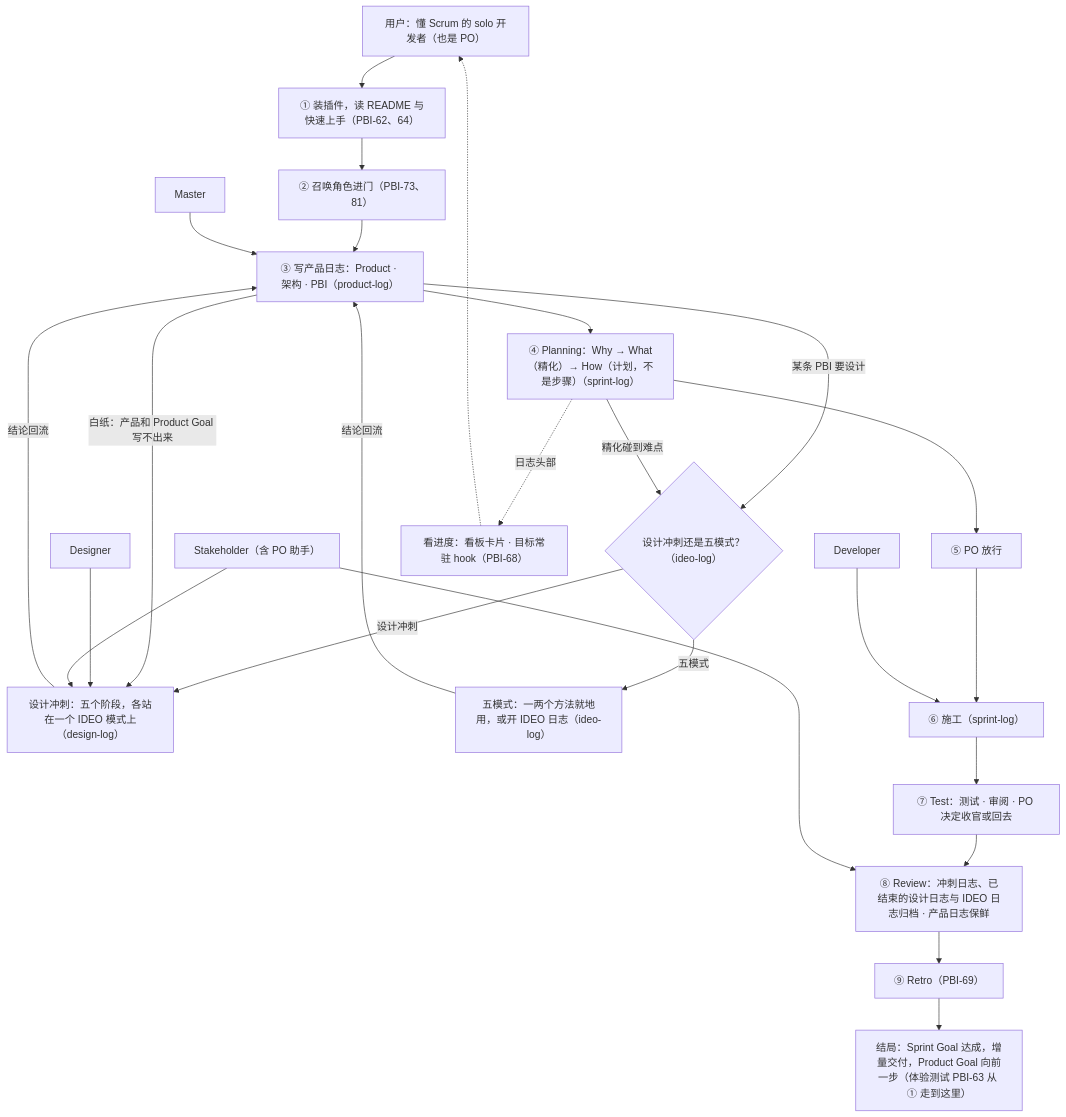
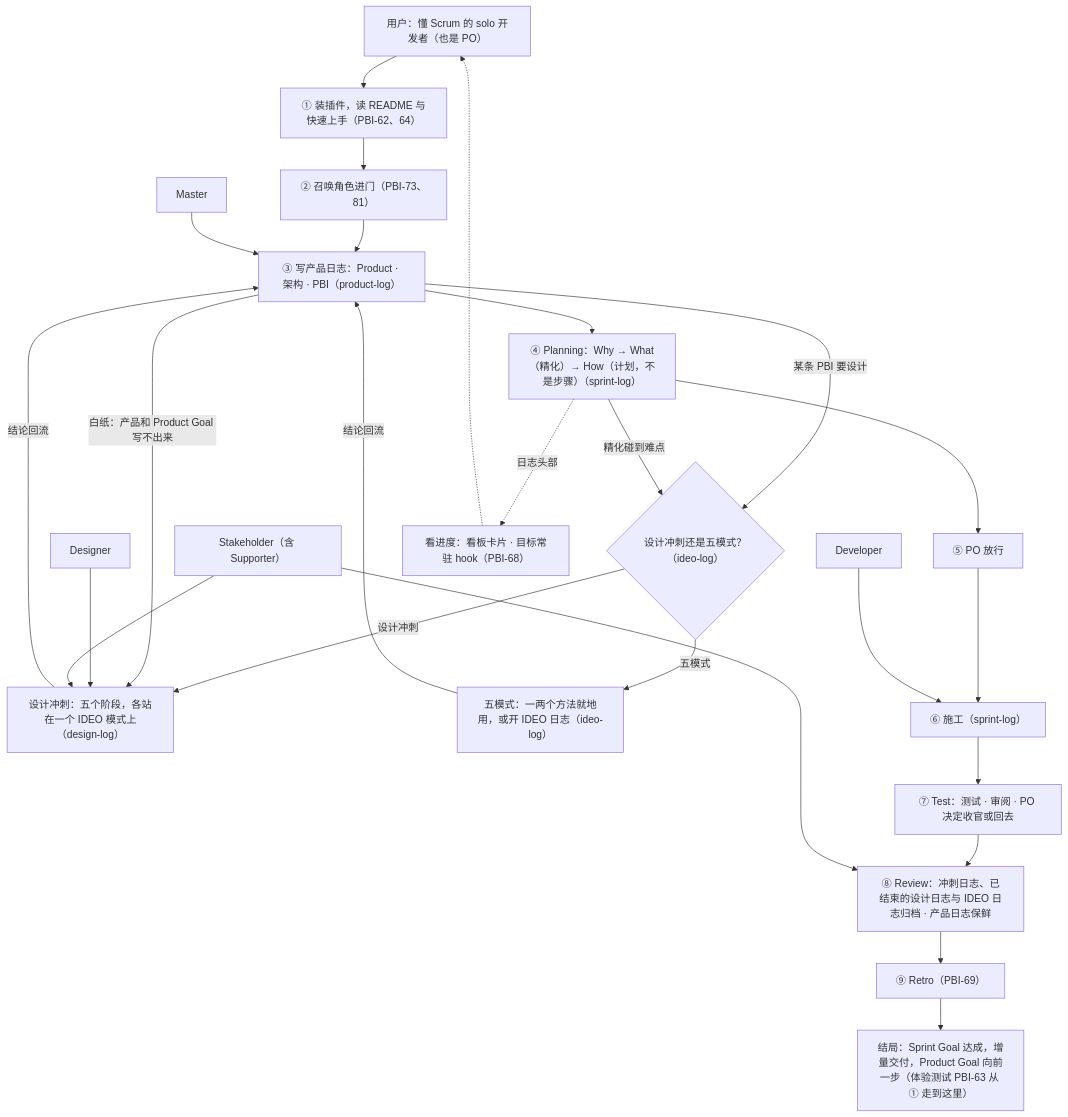
Before and after one commit to seapawn1/IDEO-Scrum: the diagram in scrum/ProductBacklog.md, drawn with Mermaid. The commit also changed other lines of this file and 11 other files, not shown here.

First line of the commit message:
docs(Sprint 27): 收官——日志归档、产品日志保鲜（3.2 一行、旧助手卡、地图节点）

````diff
--- a/scrum/ProductBacklog.md
+++ b/scrum/ProductBacklog.md
@@ -71,32 +71,32 @@
 ```mermaid
 flowchart TD
     U["用户：懂 Scrum 的 solo 开发者（也是 PO）"]
     M["Master"]
     D["Developer"]
     G["Designer"]
-    S["Stakeholder（含 PO 助手）"]
+    S["Stakeholder（含 Supporter）"]
     U --> A["① 装插件，读 README 与快速上手（PBI-62、64）"]
     A --> A2["② 召唤角色进门（PBI-73、81）"]
     A2 --> B["③ 写产品日志：Product · 架构 · PBI（product-log）"]
     M --> B
     B --> C["④ Planning：Why → What（精化）→ How（计划，不是步骤）（sprint-log）"]
     B -- "某条 PBI 要设计" --> X0{"设计冲刺还是五模式？（ideo-log）"}
     X0 -- "设计冲刺" --> X["设计冲刺：五个阶段，各站在一个 IDEO 模式上（design-log）"]
     X0 -- "五模式" --> I["五模式：一两个方法就地用，或开 IDEO 日志（ideo-log）"]
     B -- "白纸：产品和 Product Goal 写不出来" --> X
     C -- "精化碰到难点" --> X0
     G --> X
     S --> X
     X -- "结论回流" --> B
     I -- "结论回流" --> B
     C --> P["⑤ PO 放行"]
     P --> W["⑥ 施工（sprint-log）"]
     D --> W
     W --> R["⑦ Test：测试 · 审阅 · PO 决定收官或回去"]
     R --> V["⑧ Review：冲刺日志、已结束的设计日志与 IDEO 日志归档 · 产品日志保鲜"]
     S --> V
     V --> T["⑨ Retro（PBI-69）"]
     T --> E["结局：Sprint Goal 达成，增量交付，Product Goal 向前一步（体验测试 PBI-63 从 ① 走到这里）"]
     C -. "日志头部" .-> K["看进度：看板卡片 · 目标常驻 hook（PBI-68）"]
     K -.-> U
 ```
````
